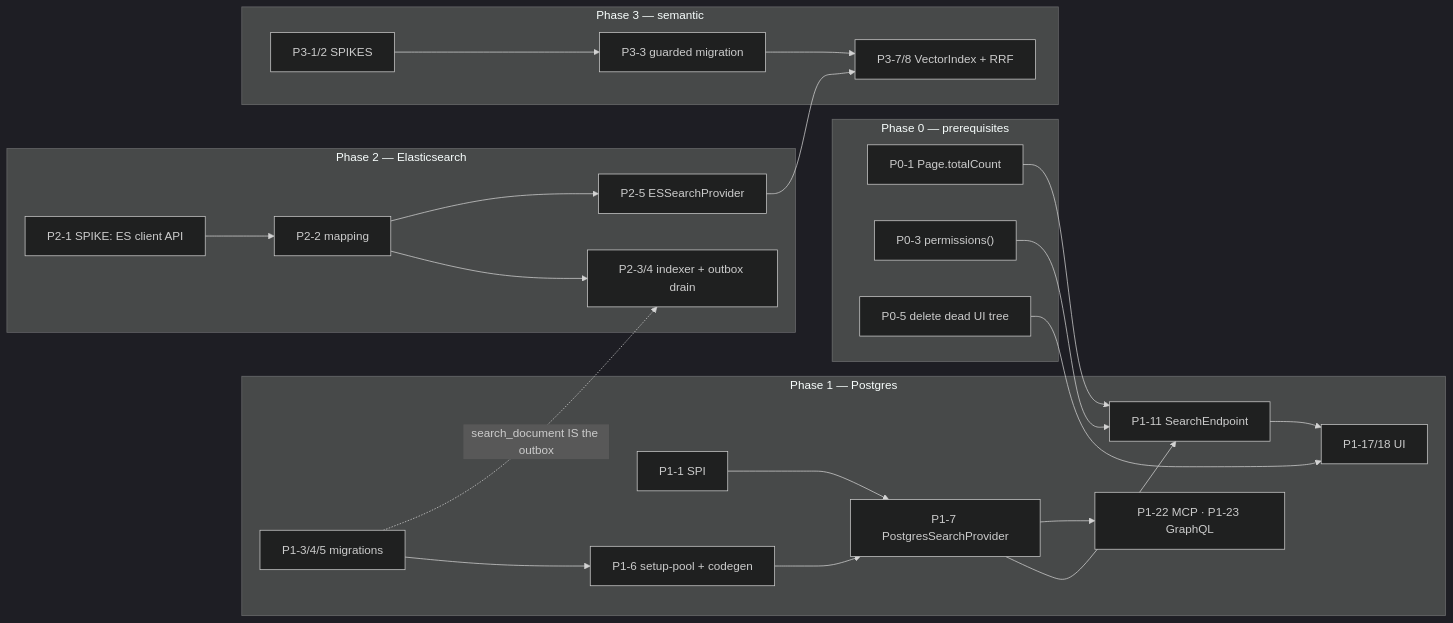
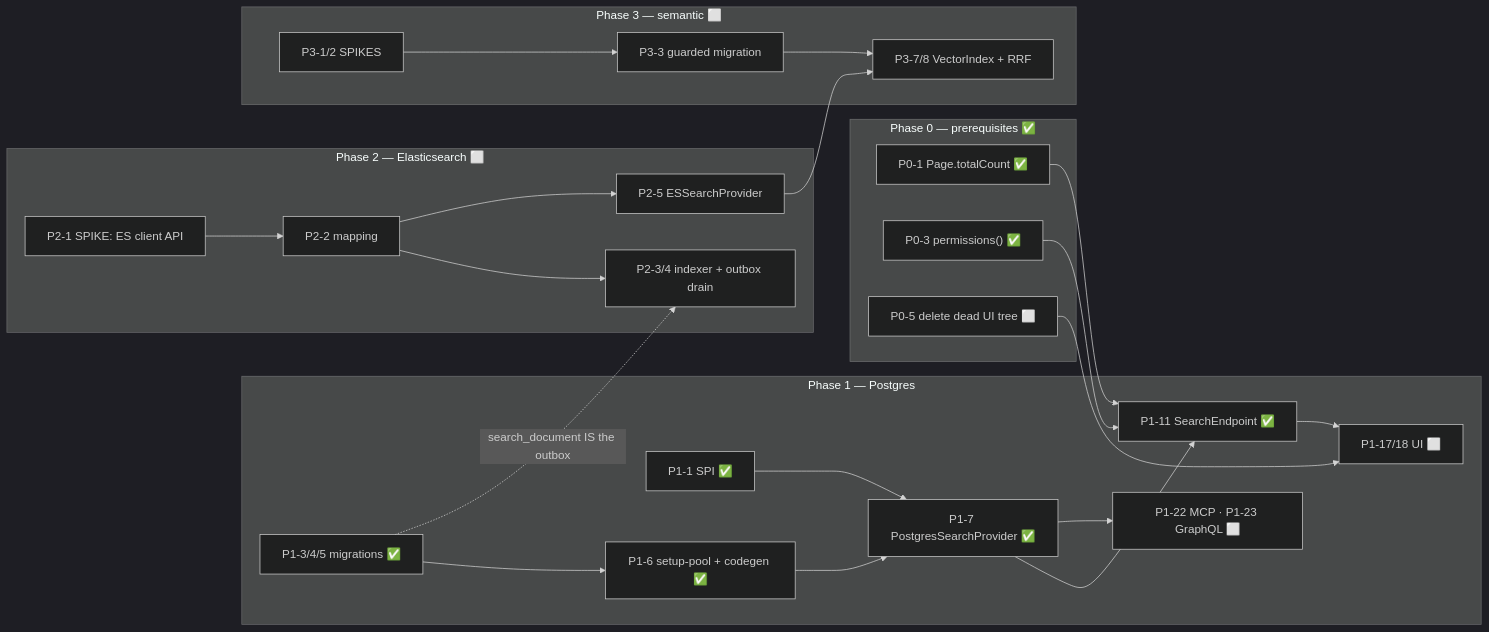
Before and after one commit to metaloom/metaloom: the diagram in spec/features/search/SEARCH_PLAN.md, drawn with Mermaid (dark theme). The commit also changed other lines of this file and 46 other files, not shown here.

````diff
--- a/spec/features/search/SEARCH_PLAN.md
+++ b/spec/features/search/SEARCH_PLAN.md
@@ -23,30 +27,30 @@
 ```mermaid
 graph LR
-    subgraph P0["Phase 0 — prerequisites"]
-        A["P0-1 Page.totalCount"]
-        B["P0-3 permissions()"]
-        C["P0-5 delete dead UI tree"]
+    subgraph P0["Phase 0 — prerequisites ✅"]
+        A["P0-1 Page.totalCount ✅"]
+        B["P0-3 permissions() ✅"]
+        C["P0-5 delete dead UI tree ⬜"]
     end
     subgraph P1["Phase 1 — Postgres"]
-        D["P1-1 SPI"] --> G
-        E["P1-3/4/5 migrations"] --> F["P1-6 setup-pool + codegen"]
-        F --> G["P1-7 PostgresSearchProvider"]
-        G --> H["P1-11 SearchEndpoint"]
-        G --> I["P1-22 MCP · P1-23 GraphQL"]
-        H --> J["P1-17/18 UI"]
+        D["P1-1 SPI ✅"] --> G
+        E["P1-3/4/5 migrations ✅"] --> F["P1-6 setup-pool + codegen ✅"]
+        F --> G["P1-7 PostgresSearchProvider ✅"]
+        G --> H["P1-11 SearchEndpoint ✅"]
+        G --> I["P1-22 MCP · P1-23 GraphQL ⬜"]
+        H --> J["P1-17/18 UI ⬜"]
     end
-    subgraph P2["Phase 2 — Elasticsearch"]
+    subgraph P2["Phase 2 — Elasticsearch ⬜"]
         K["P2-1 SPIKE: ES client API"] --> L["P2-2 mapping"]
         L --> M["P2-3/4 indexer + outbox drain"]
         L --> N["P2-5 ESSearchProvider"]
     end
-    subgraph P3["Phase 3 — semantic"]
+    subgraph P3["Phase 3 — semantic ⬜"]
         O["P3-1/2 SPIKES"] --> P["P3-3 guarded migration"]
         P --> Q["P3-7/8 VectorIndex + RRF"]
     end
     A --> H
     B --> H
     C --> J
     E -.->|"search_document IS the outbox"| M
     N --> Q
 ```
````
